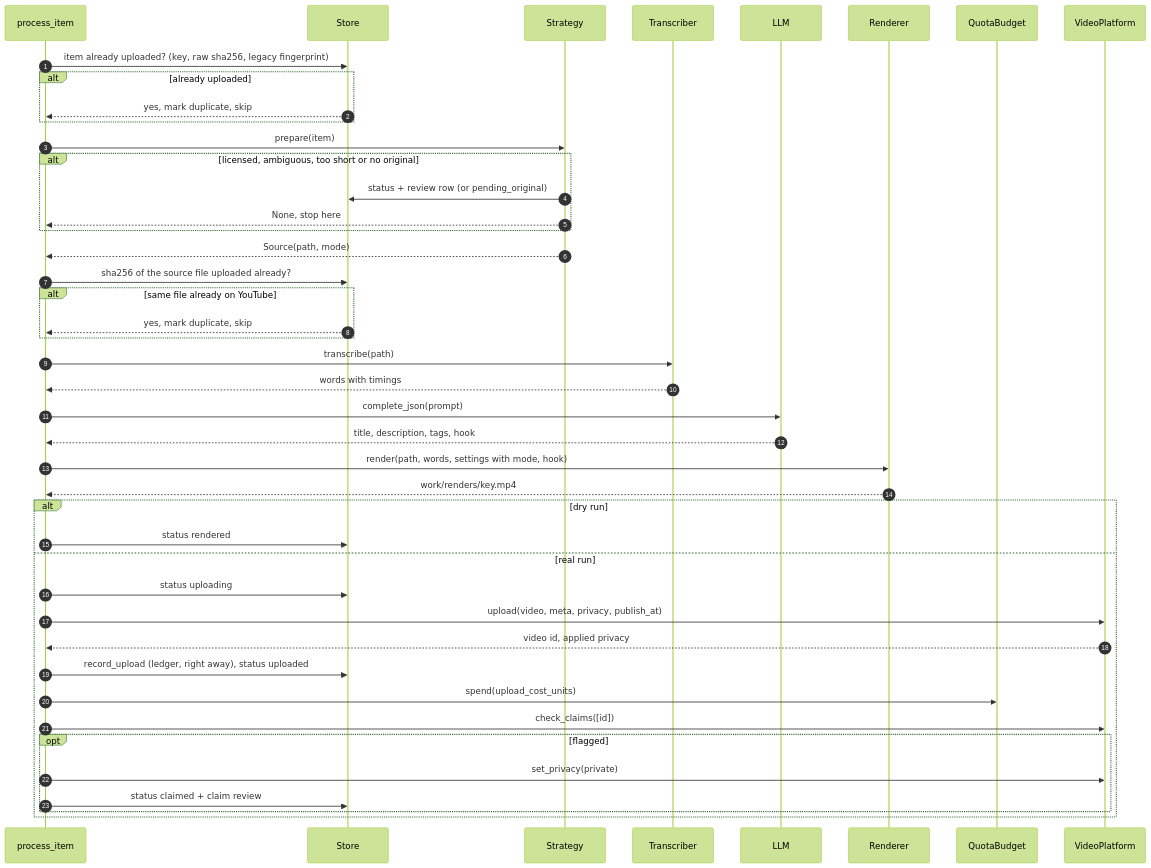
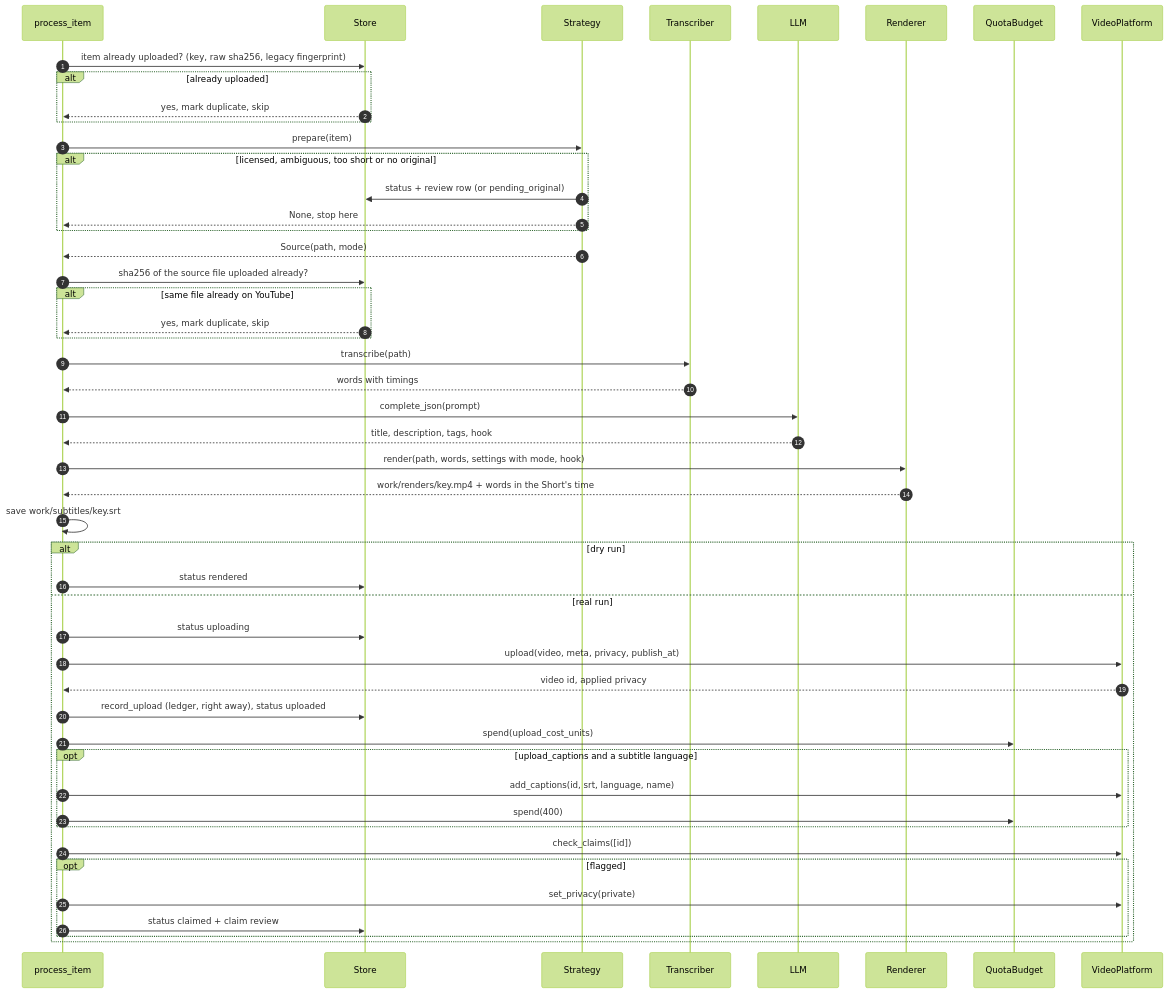
One commit to m-elkhou/social2shorts changed the third of 4 diagrams in docs/architecture.md. Above: the diagram before and after it, drawn with Mermaid (forest theme). The commit also changed other lines of this file and 32 other files, not shown here.

````diff
--- a/docs/architecture.md
+++ b/docs/architecture.md
@@ -172,46 +172,51 @@
 ```mermaid
 sequenceDiagram
     autonumber
     participant P as process_item
     participant DB as Store
     participant S as Strategy
     participant T as Transcriber
     participant L as LLM
     participant R as Renderer
     participant Q as QuotaBudget
     participant YT as VideoPlatform
     P->>DB: item already uploaded? (key, raw sha256, legacy fingerprint)
     alt already uploaded
         DB-->>P: yes, mark duplicate, skip
     end
     P->>S: prepare(item)
     alt licensed, ambiguous, too short or no original
         S->>DB: status + review row (or pending_original)
         S-->>P: None, stop here
     end
     S-->>P: Source(path, mode)
     P->>DB: sha256 of the source file uploaded already?
     alt same file already on YouTube
         DB-->>P: yes, mark duplicate, skip
     end
     P->>T: transcribe(path)
     T-->>P: words with timings
     P->>L: complete_json(prompt)
     L-->>P: title, description, tags, hook
     P->>R: render(path, words, settings with mode, hook)
-    R-->>P: work/renders/key.mp4
+    R-->>P: work/renders/key.mp4 + words in the Short's time
+    P->>P: save work/subtitles/key.srt
     alt dry run
         P->>DB: status rendered
     else real run
         P->>DB: status uploading
         P->>YT: upload(video, meta, privacy, publish_at)
         YT-->>P: video id, applied privacy
         P->>DB: record_upload (ledger, right away), status uploaded
         P->>Q: spend(upload_cost_units)
+        opt upload_captions and a subtitle language
+            P->>YT: add_captions(id, srt, language, name)
+            P->>Q: spend(400)
+        end
         P->>YT: check_claims([id])
         opt flagged
             P->>YT: set_privacy(private)
             P->>DB: status claimed + claim review
         end
     end
 ```
````
